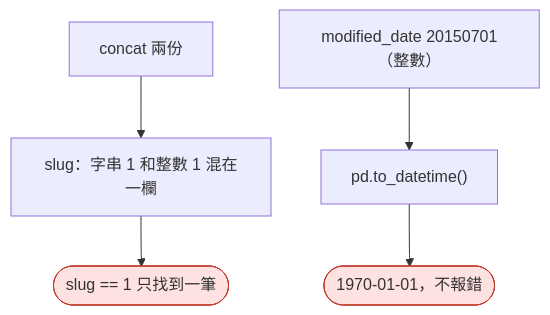
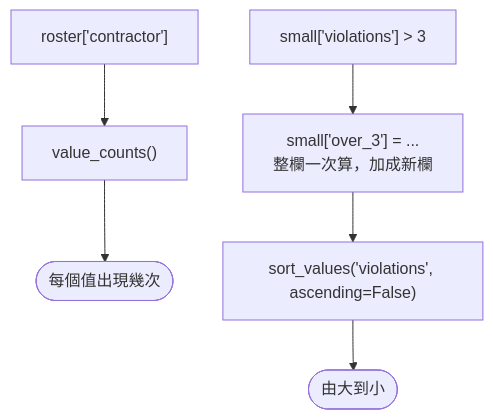
Before and after one commit to 4-learn/data-analysis-and-process-demo: diagram 13 of 15 in docs/2.md, drawn with Mermaid. The commit also changed other lines of this file and 189 other files, not shown here.

````diff
--- a/docs/2.md
+++ b/docs/2.md
@@ -202,8 +353,8 @@
 ```mermaid
 flowchart TD
-    A["concat 兩份"] --> B["slug：字串 1 和整數 1 混在一欄"] --> B1(["slug == 1 只找到一筆"])
-    C["modified_date 20150701（整數）"] --> D["pd.to_datetime()"] --> D1(["1970-01-01，不報錯"])
+    A["roster['contractor']"] --> B["value_counts()"] --> B1(["每個值出現幾次"])
+    C["small['violations'] > 3"] --> D["small['over_3'] = ...<br/>整欄一次算，加成新欄"]
+    D --> E["sort_values('violations', ascending=False)"] --> E1(["由大到小"])
     classDef bad fill:#fde2e1,stroke:#c0392b
     classDef good fill:#ddf3e4,stroke:#27ae60
-    class B1,D1 bad
 ```
````
